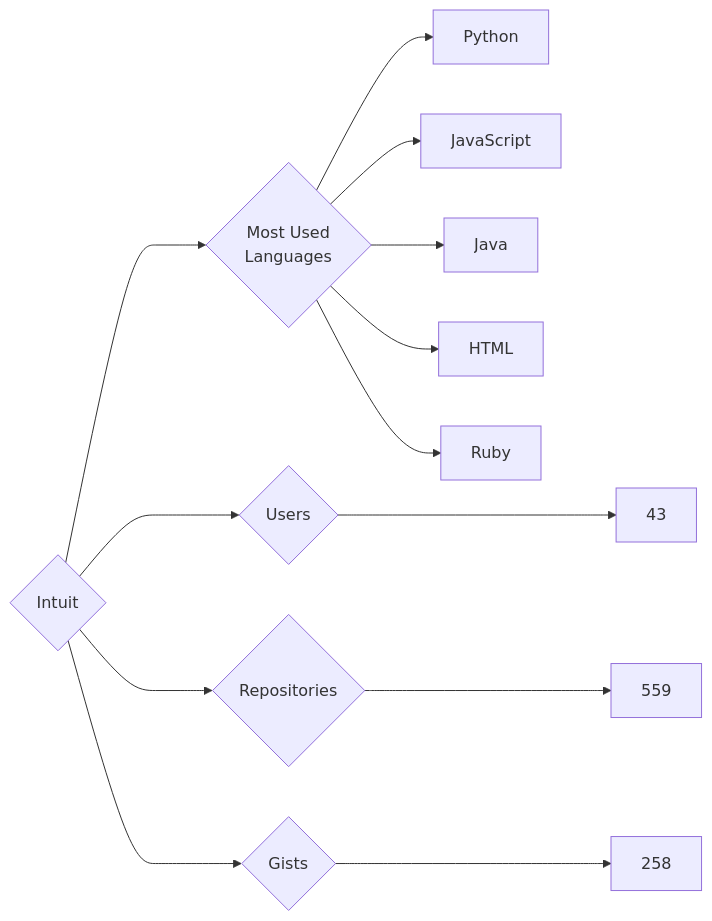
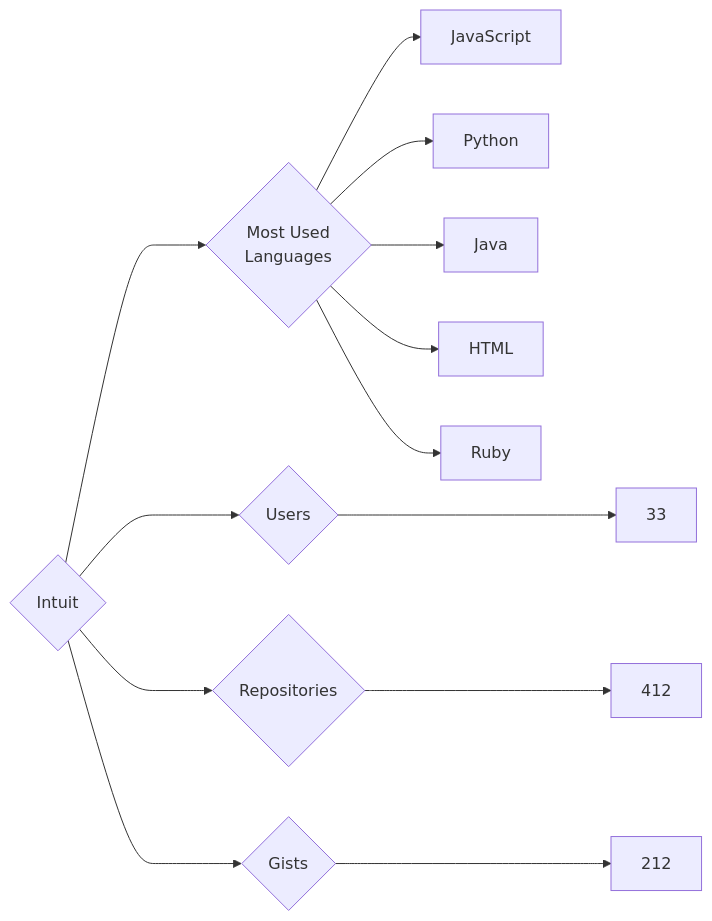
One commit to trickest/insiders changed the diagram in targets/Intuit/README.md. Above: the diagram before and after it, drawn with Mermaid. The commit also changed 935 other files, not shown here.

````diff
--- a/targets/Intuit/README.md
+++ b/targets/Intuit/README.md
@@ -3,13 +3,13 @@
 ```mermaid
 graph LR
 COMPANY_NAME{Intuit}
-COMPANY_NAME ---> U{Users} ---> UN[43]
-COMPANY_NAME ---> R{Repositories} ---> RN[559]
-COMPANY_NAME ---> G{Gists} ---> GN[258]
+COMPANY_NAME ---> U{Users} ---> UN[33]
+COMPANY_NAME ---> R{Repositories} ---> RN[412]
+COMPANY_NAME ---> G{Gists} ---> GN[212]
 COMPANY_NAME ---> ML{Most Used<br>Languages}
+ML --> JavaScript[JavaScript]
 ML --> Python[Python]
-ML --> JavaScript[JavaScript]
 ML --> Java[Java]
 ML --> HTML[HTML]
 ML --> Ruby[Ruby]
 ```
````
